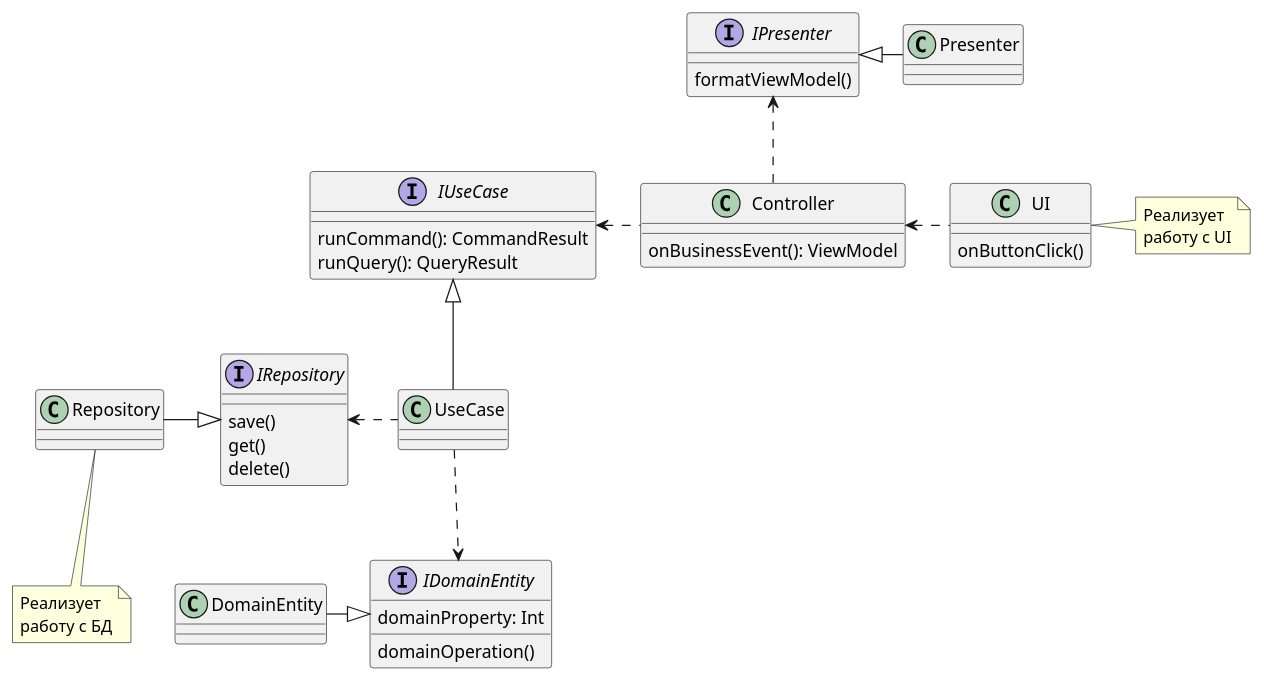
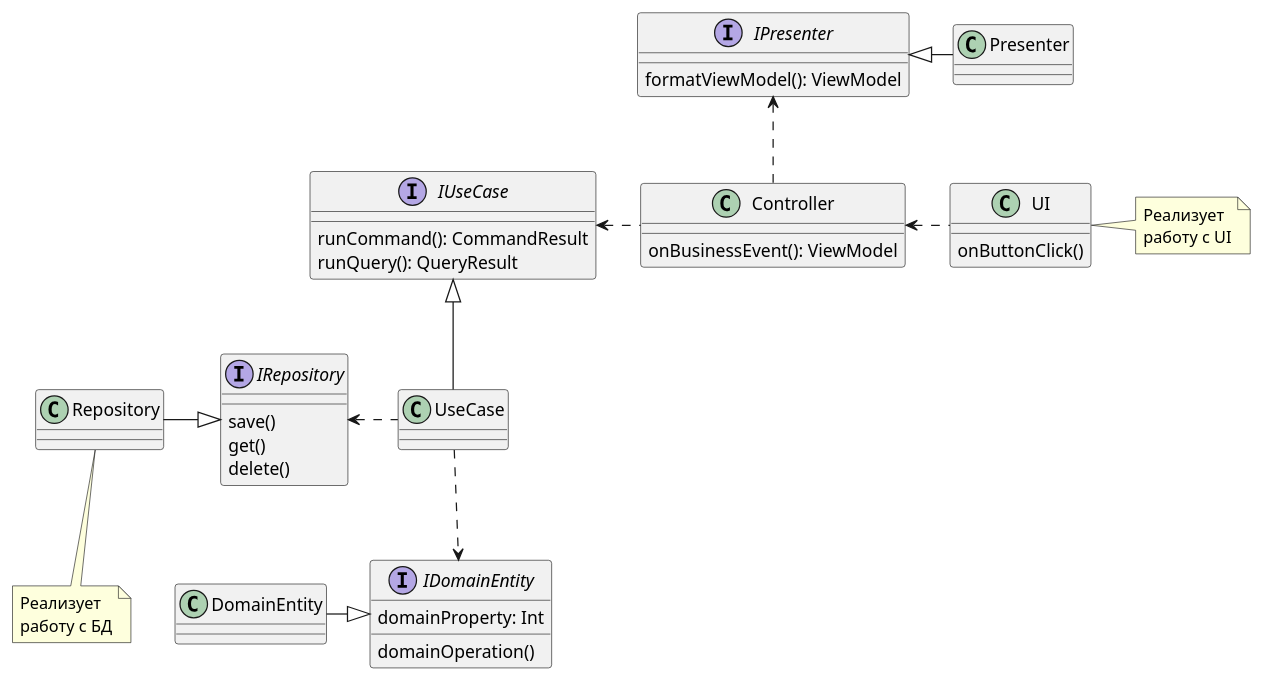
One commit to mikhailandronov/RoversExercise changed the diagram in src/diagrams/CleanArchitecture.puml. Above: the diagram before and after it, drawn with PlantUML. The commit also changed 1 other file, not shown here.

```diff
--- a/src/diagrams/CleanArchitecture.puml
+++ b/src/diagrams/CleanArchitecture.puml
@@ -1,55 +1,55 @@
 @startuml
 'https://plantuml.com/class-diagram
 
 interface IDomainEntity{
     domainProperty: Int
     domainOperation()
 }
 class DomainEntity
 DomainEntity -r-|> IDomainEntity
 
 interface IRepository{
     save()
     get()
     delete()
 }
 
 class Repository
 IRepository <|-l- Repository
 note bottom of Repository: Реализует \nработу с БД
 
 interface IPresenter{
-    formatViewModel()
+    formatViewModel(): ViewModel
 }
 
 class Presenter{
 
 }
 IPresenter <|-r- Presenter
 
 
 interface IUseCase{
     runCommand(): CommandResult
     runQuery(): QueryResult
 }
 class UseCase
 IUseCase <|-d- UseCase
 
 UseCase ..> IDomainEntity
 
 class Controller{
     onBusinessEvent(): ViewModel
 }
 
 Controller .l.> IUseCase
 UseCase .l.> IRepository
 Controller .u.> IPresenter
 
 class UI{
     onButtonClick()
 }
 note right of UI: Реализует \nработу с UI
 
 UI .l.> Controller
 
 @enduml
```
